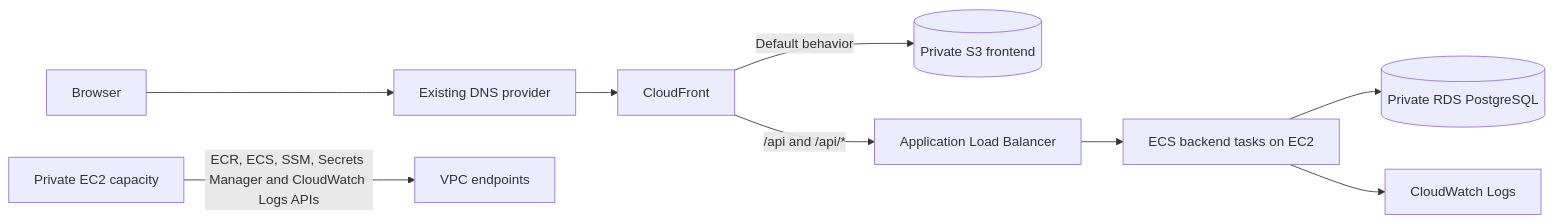
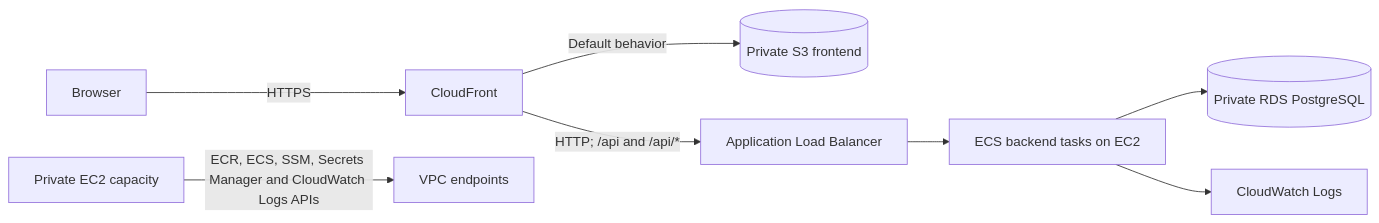
The diagram in docs/aws-deployment-plan.md (jakobzagar/Fit-Track), drawn with Mermaid before and after one commit. The commit also changed other lines of this file and 2 other files, not shown here.

Commit message:
feat: add ALB ingress and backend target group

````diff
--- a/docs/aws-deployment-plan.md
+++ b/docs/aws-deployment-plan.md
@@ -28,11 +28,10 @@
 ```mermaid
 flowchart LR
-    Browser[Browser] --> DNS[Existing DNS provider]
-    DNS --> CF[CloudFront]
+    Browser[Browser] -->|HTTPS| CF[CloudFront]
     CF -->|Default behavior| S3[(Private S3 frontend)]
-    CF -->|/api and /api/*| ALB[Application Load Balancer]
+    CF -->|HTTP; /api and /api/*| ALB[Application Load Balancer]
     ALB --> ECS[ECS backend tasks on EC2]
     ECS --> RDS[(Private RDS PostgreSQL)]
     ECS --> CW[CloudWatch Logs]
     EC2[Private EC2 capacity] -->|ECR, ECS, SSM, Secrets Manager and CloudWatch Logs APIs| VPCE[VPC endpoints]
 ```
````
